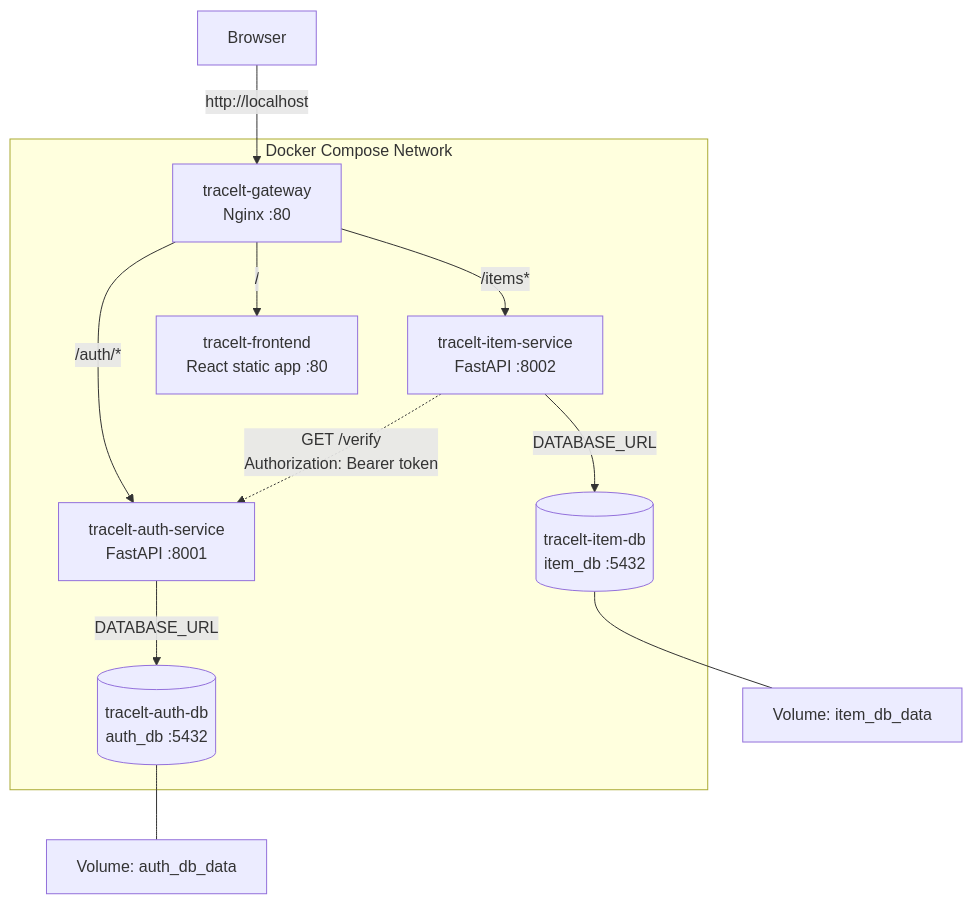
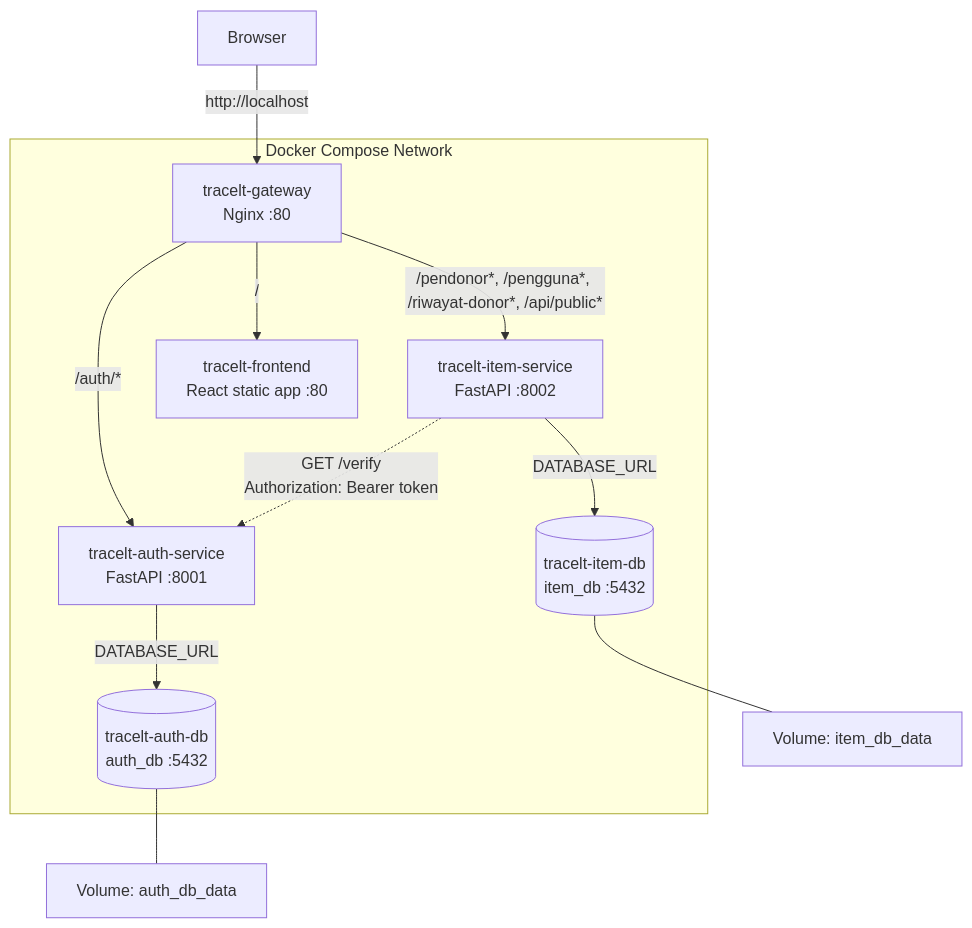
One commit to aidilsaputrakirsan-classroom/cc-kelompok-a-miracle changed the first of 4 diagrams in docs/architecture.md. Above: the diagram before and after it, drawn with Mermaid. The commit also changed other lines of this file and 4 other files, not shown here.

````diff
--- a/docs/architecture.md
+++ b/docs/architecture.md
@@ -19,17 +19,17 @@
 ```mermaid
 flowchart TD
     USER["Browser"] -->|"http://localhost"| GW["tracelt-gateway\nNginx :80"]
 
     subgraph NET["Docker Compose Network"]
         GW -->|"/auth/*"| AUTH["tracelt-auth-service\nFastAPI :8001"]
-        GW -->|"/items*"| ITEM["tracelt-item-service\nFastAPI :8002"]
+        GW -->|"/pendonor*, /pengguna*, /riwayat-donor*, /api/public*"| ITEM["tracelt-item-service\nFastAPI :8002"]
         GW -->|"/"| FE["tracelt-frontend\nReact static app :80"]
 
         AUTH -->|"DATABASE_URL"| AUTHDB[("tracelt-auth-db\nauth_db :5432")]
         ITEM -->|"DATABASE_URL"| ITEMDB[("tracelt-item-db\nitem_db :5432")]
         ITEM -.->|"GET /verify\nAuthorization: Bearer token"| AUTH
     end
 
     AUTHDB --- AUTHVOL["Volume: auth_db_data"]
     ITEMDB --- ITEMVOL["Volume: item_db_data"]
 ```
````
